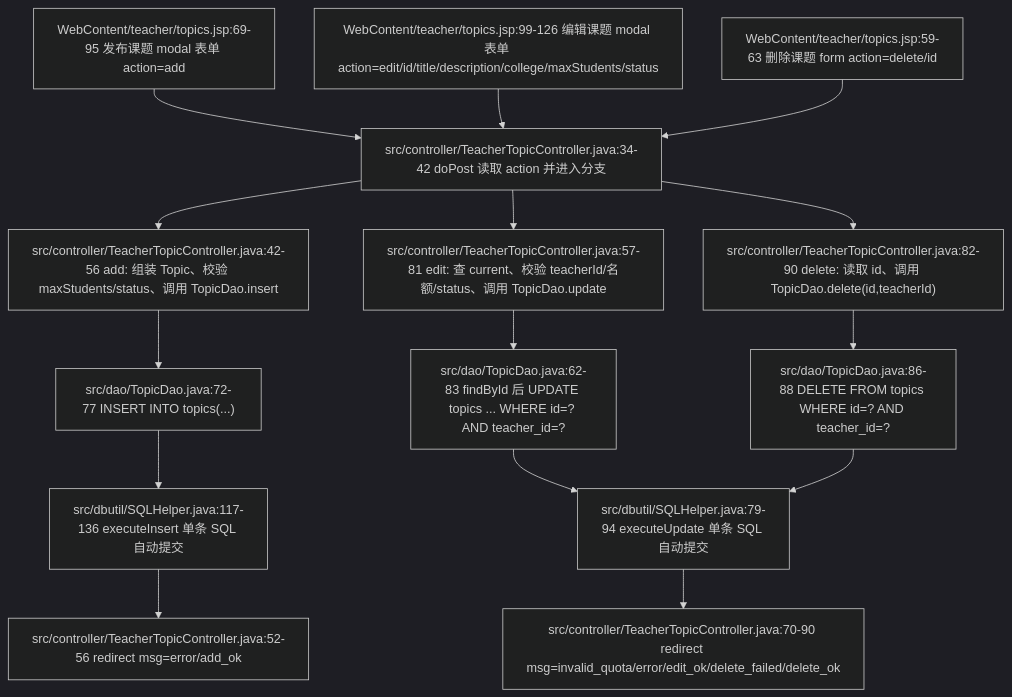
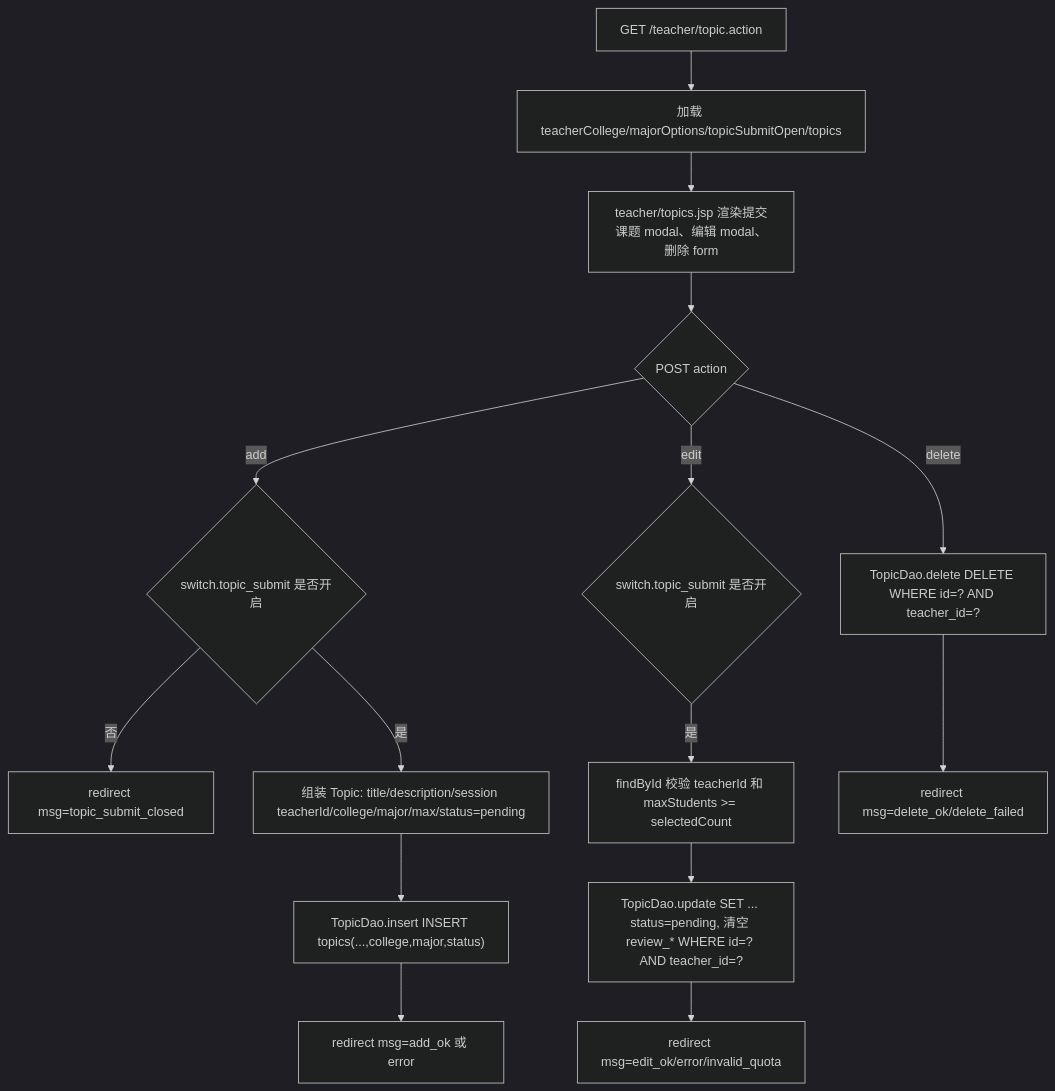
Before and after one commit to guangxiangdebizi/graduation-design-management-system: the third of 6 diagrams in docs/网络数据流详解/parts/02-topic-selection.md, drawn with Mermaid (dark theme). The commit also changed other lines of this file and 8 other files, not shown here.

First line of the commit message:
refactor project documentation and enhance network data flow details

````diff
--- a/docs/网络数据流详解/parts/02-topic-selection.md
+++ b/docs/网络数据流详解/parts/02-topic-selection.md
@@ -201,17 +204,17 @@
 ```mermaid
 flowchart TD
-    A["WebContent/teacher/topics.jsp:69-95 发布课题 modal 表单 action=add"] --> D["src/controller/TeacherTopicController.java:34-42 doPost 读取 action 并进入分支"]
-    B["WebContent/teacher/topics.jsp:99-126 编辑课题 modal 表单 action=edit/id/title/description/college/maxStudents/status"] --> D
-    C["WebContent/teacher/topics.jsp:59-63 删除课题 form action=delete/id"] --> D
-    D --> E["src/controller/TeacherTopicController.java:42-56 add: 组装 Topic、校验 maxStudents/status、调用 TopicDao.insert"]
-    D --> F["src/controller/TeacherTopicController.java:57-81 edit: 查 current、校验 teacherId/名额/status、调用 TopicDao.update"]
-    D --> G["src/controller/TeacherTopicController.java:82-90 delete: 读取 id、调用 TopicDao.delete(id,teacherId)"]
-    E --> H["src/dao/TopicDao.java:72-77 INSERT INTO topics(...)"]
-    F --> I["src/dao/TopicDao.java:62-83 findById 后 UPDATE topics ... WHERE id=? AND teacher_id=?"]
-    G --> J["src/dao/TopicDao.java:86-88 DELETE FROM topics WHERE id=? AND teacher_id=?"]
-    H --> K["src/dbutil/SQLHelper.java:117-136 executeInsert 单条 SQL 自动提交"]
-    I --> L["src/dbutil/SQLHelper.java:79-94 executeUpdate 单条 SQL 自动提交"]
-    J --> L
-    K --> M["src/controller/TeacherTopicController.java:52-56 redirect msg=error/add_ok"]
-    L --> N["src/controller/TeacherTopicController.java:70-90 redirect msg=invalid_quota/error/edit_ok/delete_failed/delete_ok"]
+    A["GET /teacher/topic.action"] --> B["加载 teacherCollege/majorOptions/topicSubmitOpen/topics"]
+    B --> C["teacher/topics.jsp 渲染提交课题 modal、编辑 modal、删除 form"]
+    C --> D{"POST action"}
+    D -- add --> E{"switch.topic_submit 是否开启"}
+    E -- 否 --> F["redirect msg=topic_submit_closed"]
+    E -- 是 --> G["组装 Topic: title/description/session teacherId/college/major/max/status=pending"]
+    G --> H["TopicDao.insert INSERT topics(...,college,major,status)"]
+    D -- edit --> I{"switch.topic_submit 是否开启"}
+    I -- 是 --> J["findById 校验 teacherId 和 maxStudents >= selectedCount"]
+    J --> K["TopicDao.update SET ... status=pending, 清空 review_* WHERE id=? AND teacher_id=?"]
+    D -- delete --> L["TopicDao.delete DELETE WHERE id=? AND teacher_id=?"]
+    H --> M["redirect msg=add_ok 或 error"]
+    K --> N["redirect msg=edit_ok/error/invalid_quota"]
+    L --> O["redirect msg=delete_ok/delete_failed"]
 ```
````
